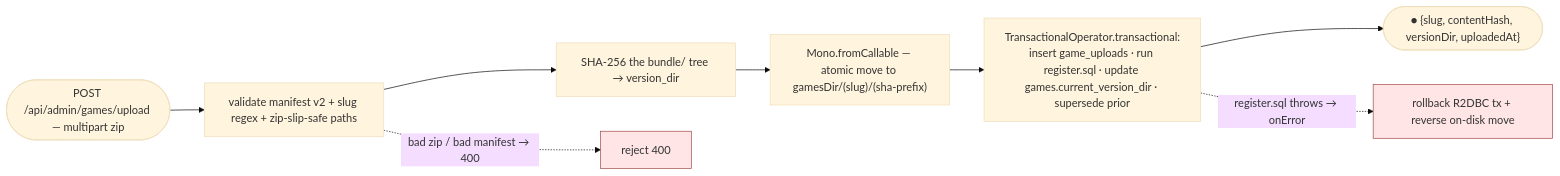
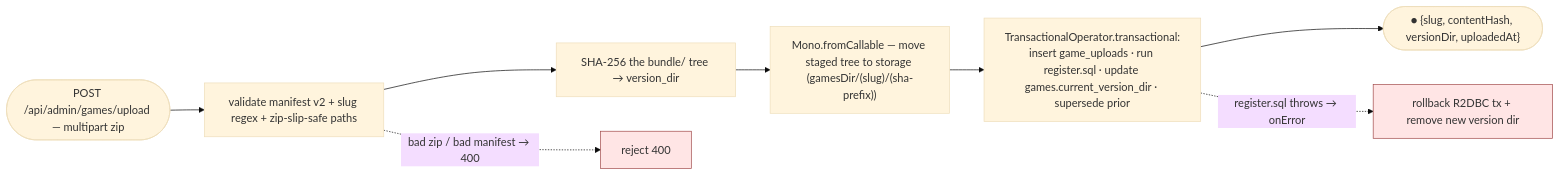
The fourth of 5 diagrams in docs/wiki/architecture/05-api-reference.md (hugmesh/hugmesh-games), drawn with Mermaid (base theme) before and after one commit. The commit also changed other lines of this file, not shown here.

Commit message:
docs(architecture): 05 API reference: fix routes, auth, launch paths, input gates and add avatars

````diff
--- a/docs/wiki/architecture/05-api-reference.md
+++ b/docs/wiki/architecture/05-api-reference.md
@@ -58,11 +58,11 @@
 ```mermaid
 flowchart LR
     R(["POST /api/admin/games/upload — multipart zip"]) --> V["validate manifest v2 + slug regex + zip-slip-safe paths"]
     V --> H["SHA-256 the bundle/ tree → version_dir"]
-    H --> Mv["Mono.fromCallable — atomic move to gamesDir/(slug)/(sha-prefix)"]
+    H --> Mv["Mono.fromCallable — move staged tree to storage (gamesDir/(slug)/(sha-prefix))"]
     Mv --> Tx["TransactionalOperator.transactional:<br/>insert game_uploads · run register.sql · update games.current_version_dir · supersede prior"]
     Tx --> OK(["● {slug, contentHash, versionDir, uploadedAt}"])
     V -. "bad zip / bad manifest → 400" .-> BadReq["reject 400"]:::err
-    Tx -. "register.sql throws → onError" .-> RB["rollback R2DBC tx + reverse on-disk move"]:::err
+    Tx -. "register.sql throws → onError" .-> RB["rollback R2DBC tx + remove new version dir"]:::err
     classDef err fill:#ffe5e5,stroke:#a14a4a;
 ```
````
